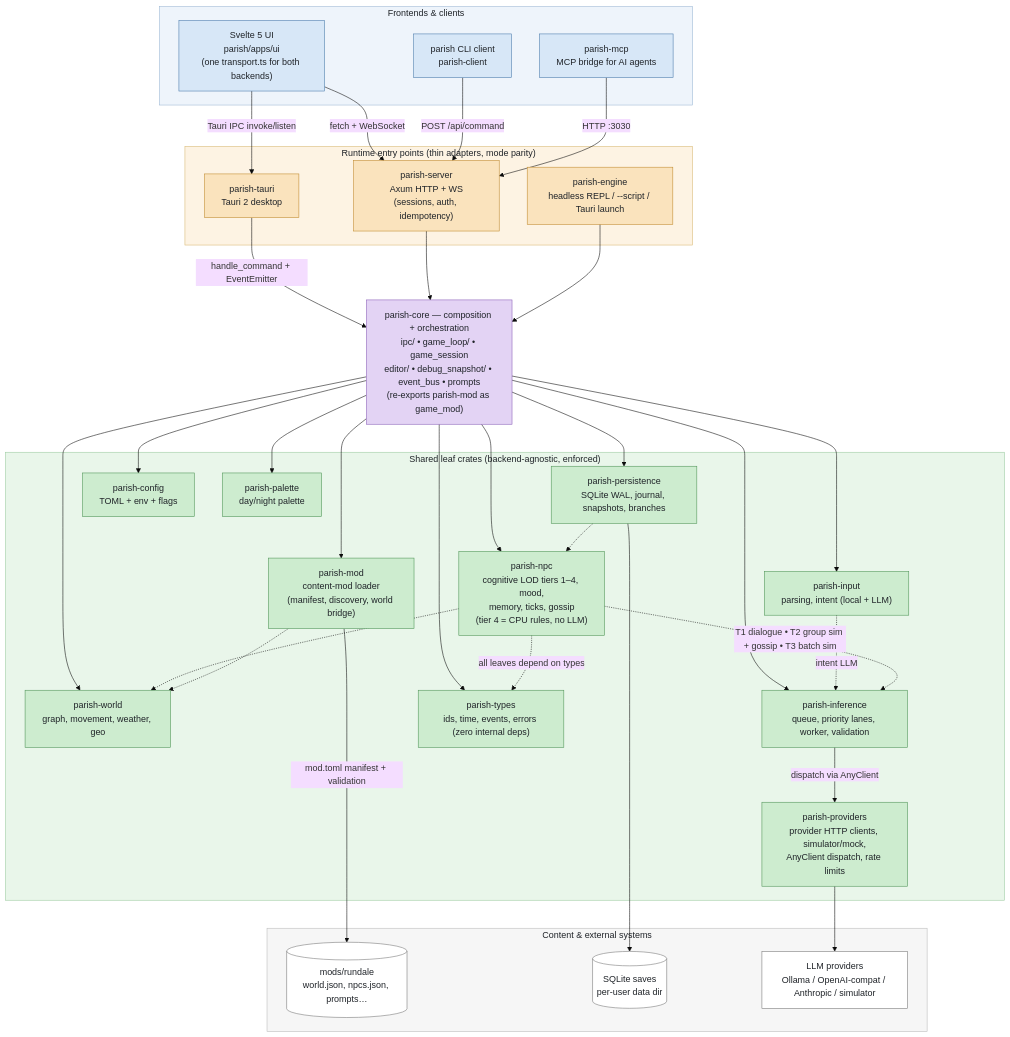
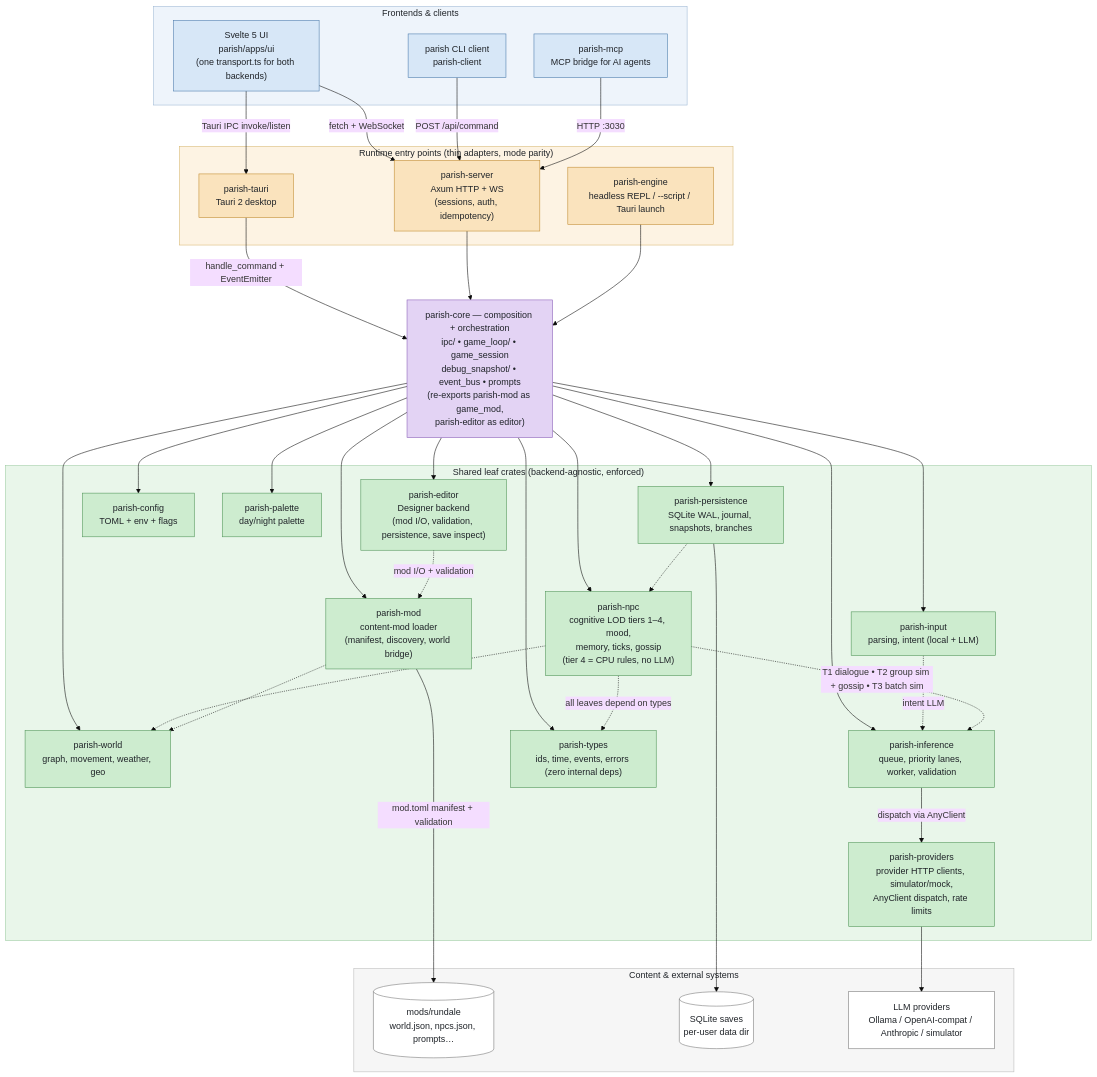
One commit to dmooney/Rundale changed the second of 2 diagrams in README.md. Above: the diagram before and after it, drawn with Mermaid (base theme). The commit also changed other lines of this file and 19 other files, not shown here.

First line of the commit message:
refactor(core): extract editor subsystem into parish-editor crate (#1409)

````diff
--- a/README.md
+++ b/README.md
@@ -286,72 +286,74 @@
 ```mermaid
 flowchart TB
     subgraph clients["Frontends & clients"]
         UI["Svelte 5 UI<br/>parish/apps/ui<br/>(one transport.ts for both backends)"]
         CLI["parish CLI client<br/>parish-client"]
         MCP["parish-mcp<br/>MCP bridge for AI agents"]
     end
 
     subgraph entry["Runtime entry points (thin adapters, mode parity)"]
         TAURI["parish-tauri<br/>Tauri 2 desktop"]
         SERVER["parish-server<br/>Axum HTTP + WS<br/>(sessions, auth, idempotency)"]
         ENGINE["parish-engine<br/>headless REPL / --script / Tauri launch"]
     end
 
-    CORE["parish-core — composition + orchestration<br/>ipc/ • game_loop/ • game_session<br/>editor/ • debug_snapshot/ • event_bus • prompts<br/>(re-exports parish-mod as game_mod)"]
+    CORE["parish-core — composition + orchestration<br/>ipc/ • game_loop/ • game_session<br/>debug_snapshot/ • event_bus • prompts<br/>(re-exports parish-mod as game_mod,<br/>parish-editor as editor)"]
 
     subgraph leaf["Shared leaf crates (backend-agnostic, enforced)"]
         WORLD["parish-world<br/>graph, movement, weather, geo"]
         NPC["parish-npc<br/>cognitive LOD tiers 1–4, mood,<br/>memory, ticks, gossip<br/>(tier 4 = CPU rules, no LLM)"]
         INPUT["parish-input<br/>parsing, intent (local + LLM)"]
         INFER["parish-inference<br/>queue, priority lanes, worker, validation"]
         PROVIDERS["parish-providers<br/>provider HTTP clients, simulator/mock,<br/>AnyClient dispatch, rate limits"]
         PERSIST["parish-persistence<br/>SQLite WAL, journal, snapshots, branches"]
         CONFIG["parish-config<br/>TOML + env + flags"]
         PALETTE["parish-palette<br/>day/night palette"]
         MOD["parish-mod<br/>content-mod loader<br/>(manifest, discovery, world bridge)"]
+        EDITOR["parish-editor<br/>Designer backend<br/>(mod I/O, validation, persistence, save inspect)"]
         TYPES["parish-types<br/>ids, time, events, errors (zero internal deps)"]
     end
 
     subgraph external["Content & external systems"]
         MODS[("mods/rundale<br/>world.json, npcs.json, prompts…")]
         DB[("SQLite saves<br/>per-user data dir")]
         LLM["LLM providers<br/>Ollama / OpenAI-compat / Anthropic / simulator"]
     end
 
     UI -- "Tauri IPC invoke/listen" --> TAURI
     UI -- "fetch + WebSocket" --> SERVER
     CLI -- "POST /api/command" --> SERVER
     MCP -- "HTTP :3030" --> SERVER
 
     TAURI -- "handle_command + EventEmitter" --> CORE
     SERVER --> CORE
     ENGINE --> CORE
 
-    CORE --> WORLD & NPC & INPUT & INFER & PERSIST & CONFIG & PALETTE & MOD & TYPES
+    CORE --> WORLD & NPC & INPUT & INFER & PERSIST & CONFIG & PALETTE & MOD & EDITOR & TYPES
     INPUT -. "intent LLM" .-> INFER
     NPC -. "T1 dialogue • T2 group sim + gossip • T3 batch sim" .-> INFER
     NPC -.-> WORLD
     PERSIST -.-> NPC
     MOD -.-> WORLD
+    EDITOR -. "mod I/O + validation" .-> MOD
     NPC -. "all leaves depend on types" .-> TYPES
 
     MOD -- "mod.toml manifest + validation" --> MODS
     PERSIST --> DB
     INFER -- "dispatch via AnyClient" --> PROVIDERS
     PROVIDERS --> LLM
 
     classDef clientNode fill:#d7e7f7,stroke:#4a7aab,color:#1f2328
     classDef entryNode fill:#fae3bd,stroke:#c08a2e,color:#1f2328
     classDef coreNode fill:#e3d3f4,stroke:#8a5fb8,color:#1f2328
     classDef leafNode fill:#cdeccf,stroke:#4f9457,color:#1f2328
     classDef extNode fill:#ffffff,stroke:#777777,color:#1f2328
     class UI,CLI,MCP clientNode
     class TAURI,SERVER,ENGINE entryNode
     class CORE coreNode
-    class WORLD,NPC,INPUT,INFER,PROVIDERS,PERSIST,CONFIG,PALETTE,MOD,TYPES leafNode
+    class WORLD,NPC,INPUT,INFER,PROVIDERS,PERSIST,CONFIG,PALETTE,MOD,EDITOR,TYPES leafNode
     class MODS,DB,LLM extNode
     style clients fill:#eef4fb,stroke:#9db8d4,color:#1f2328
     style entry fill:#fdf3e3,stroke:#d8b873,color:#1f2328
     style leaf fill:#e9f6ea,stroke:#9ccca0,color:#1f2328
     style external fill:#f6f6f6,stroke:#bbbbbb,color:#1f2328
 ```
````
